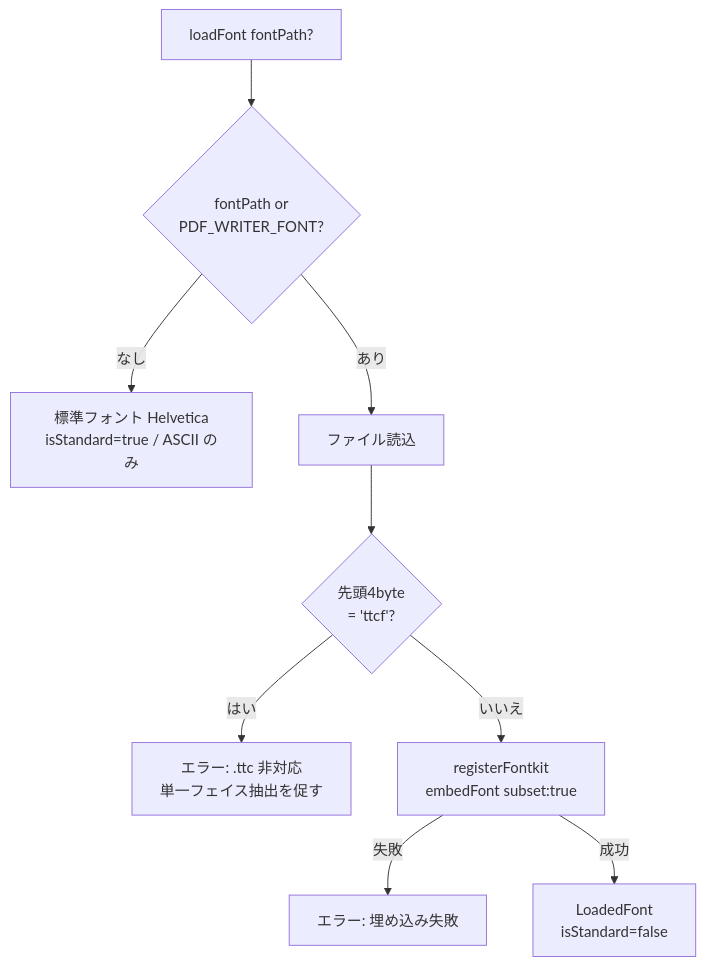
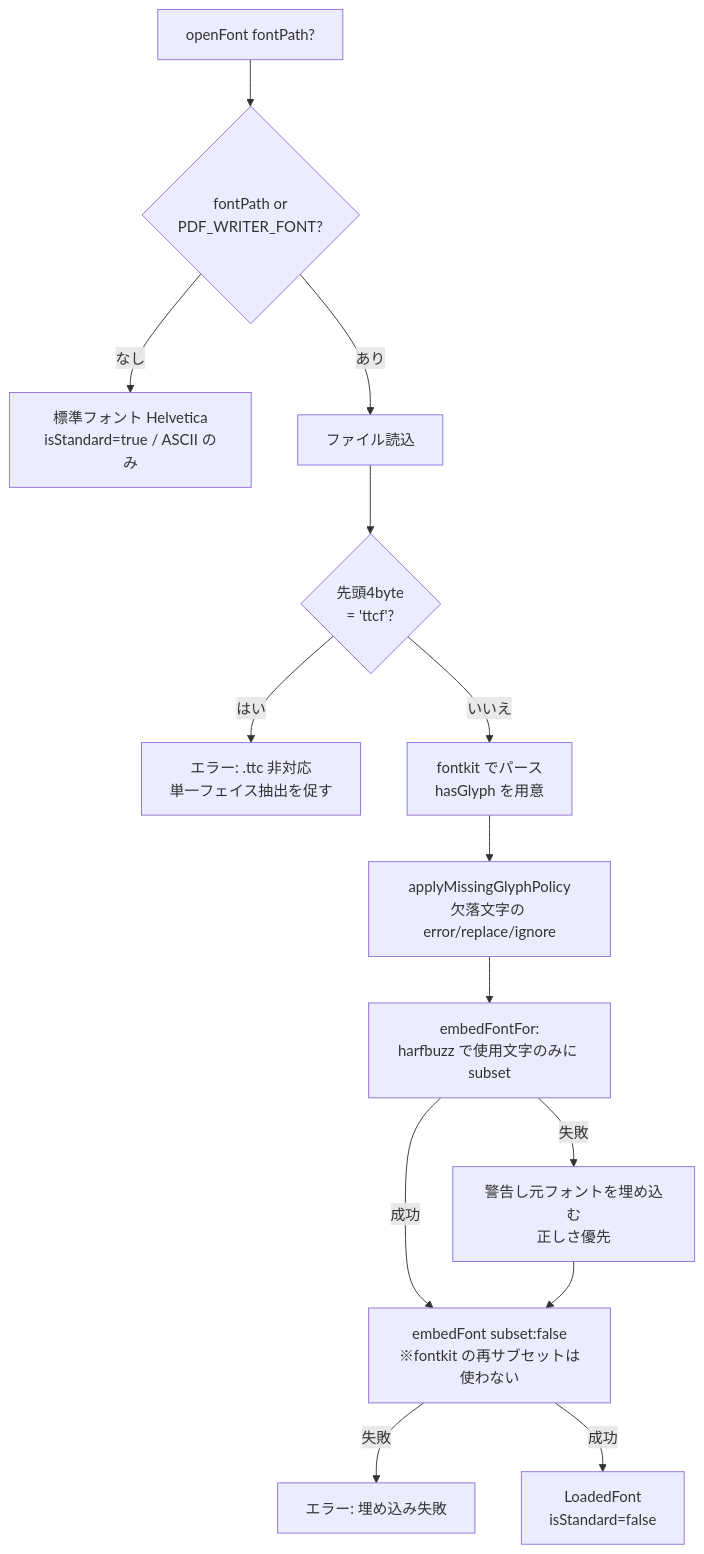
Before and after one commit to shuji-bonji/pdf-writer-mcp: the sixth of 8 diagrams in docs/DESIGN.md, drawn with Mermaid. The commit also changed other lines of this file and 8 other files, not shown here.

````diff
--- a/docs/DESIGN.md
+++ b/docs/DESIGN.md
@@ -319,11 +319,16 @@
 ```mermaid
 flowchart TD
-  Start[loadFont fontPath?] --> R{fontPath or<br/>PDF_WRITER_FONT?}
+  Start[openFont fontPath?] --> R{fontPath or<br/>PDF_WRITER_FONT?}
   R -- なし --> STD[標準フォント Helvetica<br/>isStandard=true / ASCII のみ]
   R -- あり --> Read[ファイル読込]
   Read --> Magic{先頭4byte<br/>= 'ttcf'?}
   Magic -- はい --> ErrTTC[エラー: .ttc 非対応<br/>単一フェイス抽出を促す]
-  Magic -- いいえ --> Embed[registerFontkit<br/>embedFont subset:true]
+  Magic -- いいえ --> Probe[fontkit でパース<br/>hasGlyph を用意]
+  Probe --> Policy[applyMissingGlyphPolicy<br/>欠落文字の error/replace/ignore]
+  Policy --> Sub[embedFontFor:<br/>harfbuzz で使用文字のみに subset]
+  Sub -- 失敗 --> Full[警告し元フォントを埋め込む<br/>正しさ優先]
+  Sub -- 成功 --> Embed[embedFont subset:false<br/>※fontkit の再サブセットは使わない]
+  Full --> Embed
   Embed -- 失敗 --> ErrEmbed[エラー: 埋め込み失敗]
   Embed -- 成功 --> OK[LoadedFont<br/>isStandard=false]
 ```
````
